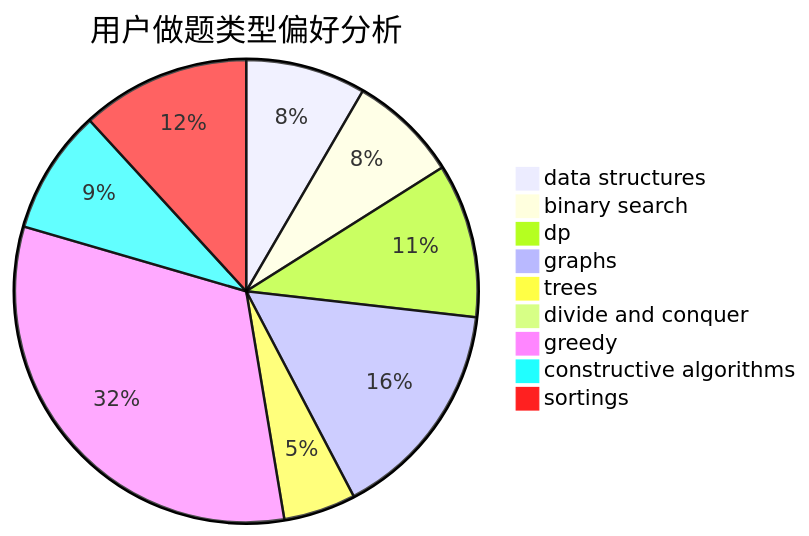
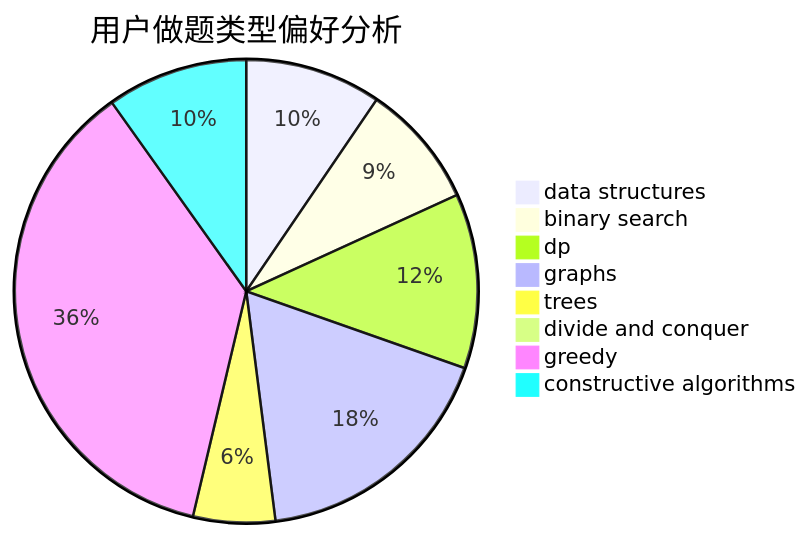
The second of 3 diagrams in docs/user/u1934.md (sherpahu/cfrs.github.io), drawn with Mermaid before and after one commit. The commit also changed other lines of this file and 2769 other files, not shown here.

````diff
--- a/docs/user/u1934.md
+++ b/docs/user/u1934.md
@@ -18,12 +18,11 @@
 ```mermaid
 pie title 用户做题类型偏好分析
     "data structures" :  113
     "binary search" :  103
     "dp" :  145
     "graphs" :  209
     "trees" :  68
     "divide and conquer" :  1
     "greedy" :  433
     "constructive algorithms" :  117
-    "sortings" :  159
 ```
````
